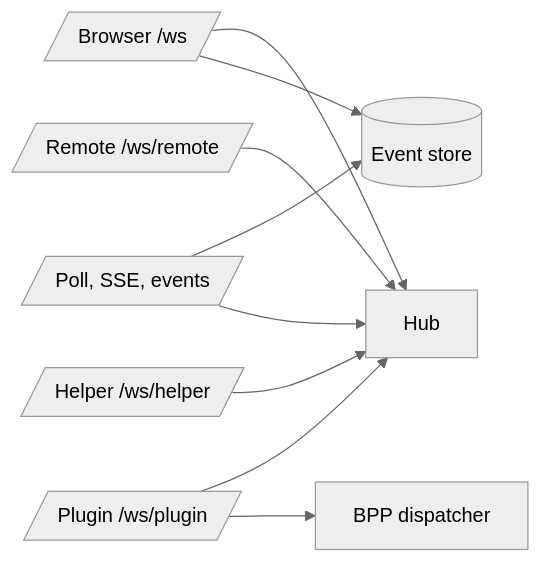
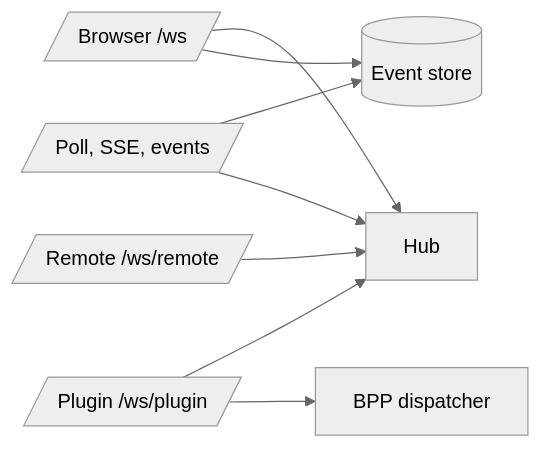
One commit to codetreker/borgee changed the diagram in docs/current/server/realtime-and-events.md. Above: the diagram before and after it, drawn with Mermaid (neutral theme). The commit also changed other lines of this file and 27 other files, not shown here.

````diff
--- a/docs/current/server/realtime-and-events.md
+++ b/docs/current/server/realtime-and-events.md
@@ -19,20 +18,18 @@
 ```mermaid
 flowchart LR
   ws[/Browser /ws/]
   poll[/Poll, SSE, events/]
   plugin[/Plugin /ws/plugin/]
   remote[/Remote /ws/remote/]
-  helper[/Helper /ws/helper/]
   hub[Hub]
   store[(Event store)]
   bpp[BPP dispatcher]
 
   ws --> hub
   ws --> store
   poll --> store
   poll --> hub
   plugin --> hub
   plugin --> bpp
   remote --> hub
-  helper --> hub
 ```
````
